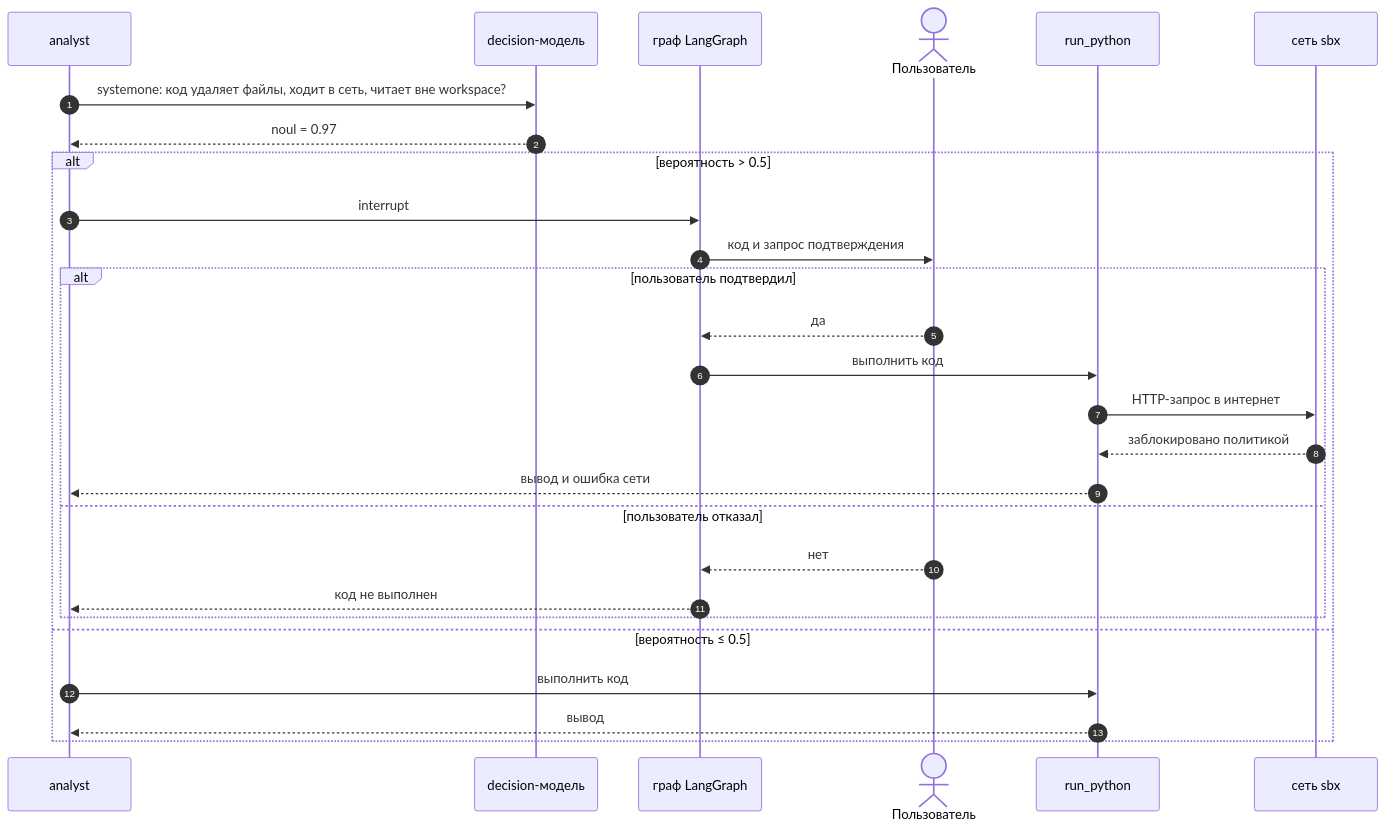
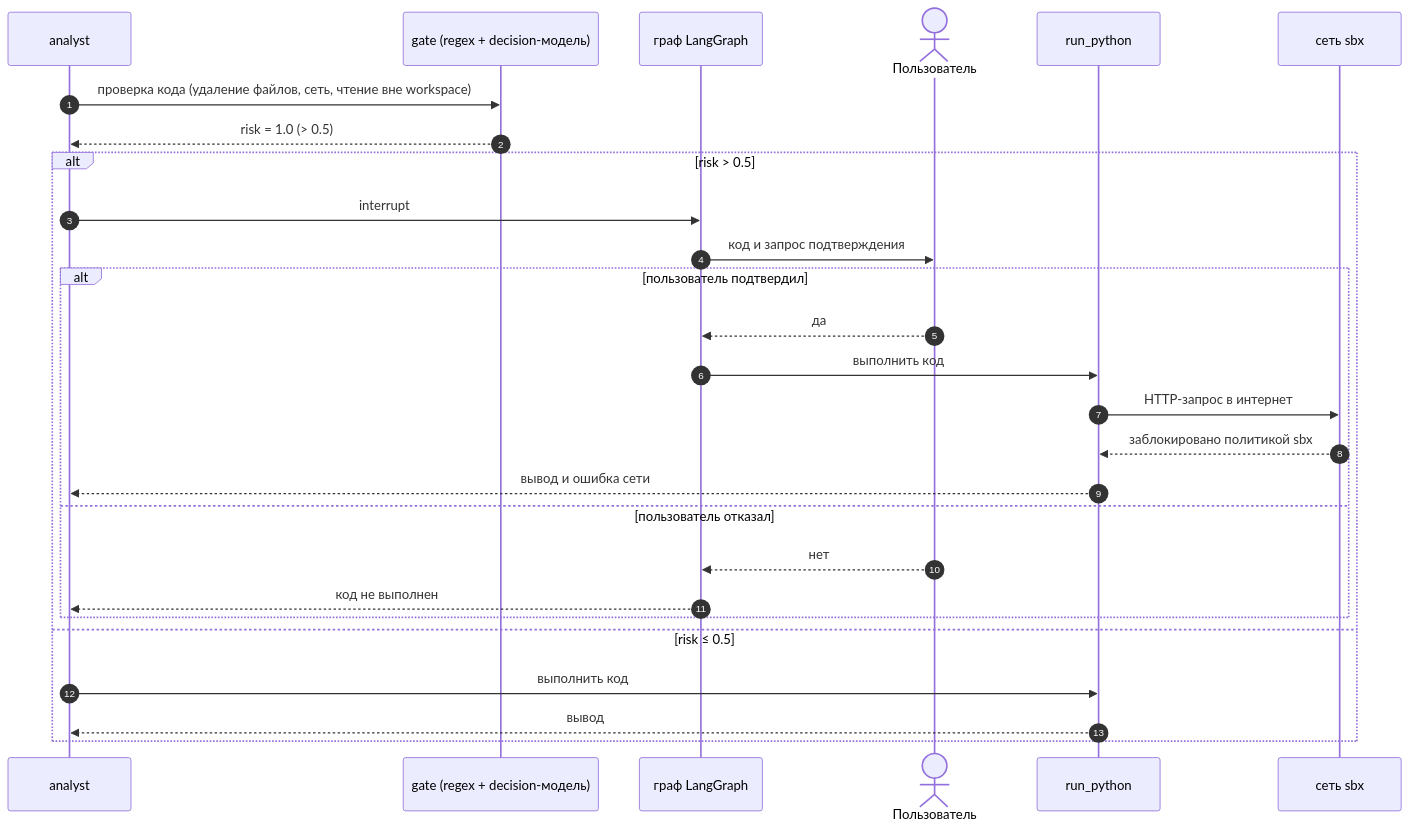
One commit to Zancrow20/LLMs changed the sixth of 6 diagrams in task3-agent/diagrams/diagrams.md. Above: the diagram before and after it, drawn with Mermaid. The commit also changed other lines of this file and 57 other files, not shown here.

````diff
--- a/task3-agent/diagrams/diagrams.md
+++ b/task3-agent/diagrams/diagrams.md
@@ -174,30 +175,30 @@
 ```mermaid
 sequenceDiagram
   autonumber
   participant A as analyst
-  participant D as decision-модель
+  participant D as gate (regex + decision-модель)
   participant G as граф LangGraph
   actor U as Пользователь
   participant P as run_python
   participant S as сеть sbx
 
-  A->>D: systemone: код удаляет файлы, ходит в сеть, читает вне workspace?
-  D-->>A: noul = 0.97
-  alt вероятность > 0.5
+  A->>D: проверка кода (удаление файлов, сеть, чтение вне workspace)
+  D-->>A: risk = 1.0 (> 0.5)
+  alt risk > 0.5
     A->>G: interrupt
     G->>U: код и запрос подтверждения
     alt пользователь подтвердил
       U-->>G: да
       G->>P: выполнить код
       P->>S: HTTP-запрос в интернет
-      S-->>P: заблокировано политикой
+      S-->>P: заблокировано политикой sbx
       P-->>A: вывод и ошибка сети
     else пользователь отказал
       U-->>G: нет
       G-->>A: код не выполнен
     end
-  else вероятность ≤ 0.5
+  else risk ≤ 0.5
     A->>P: выполнить код
     P-->>A: вывод
   end
 ```
````
